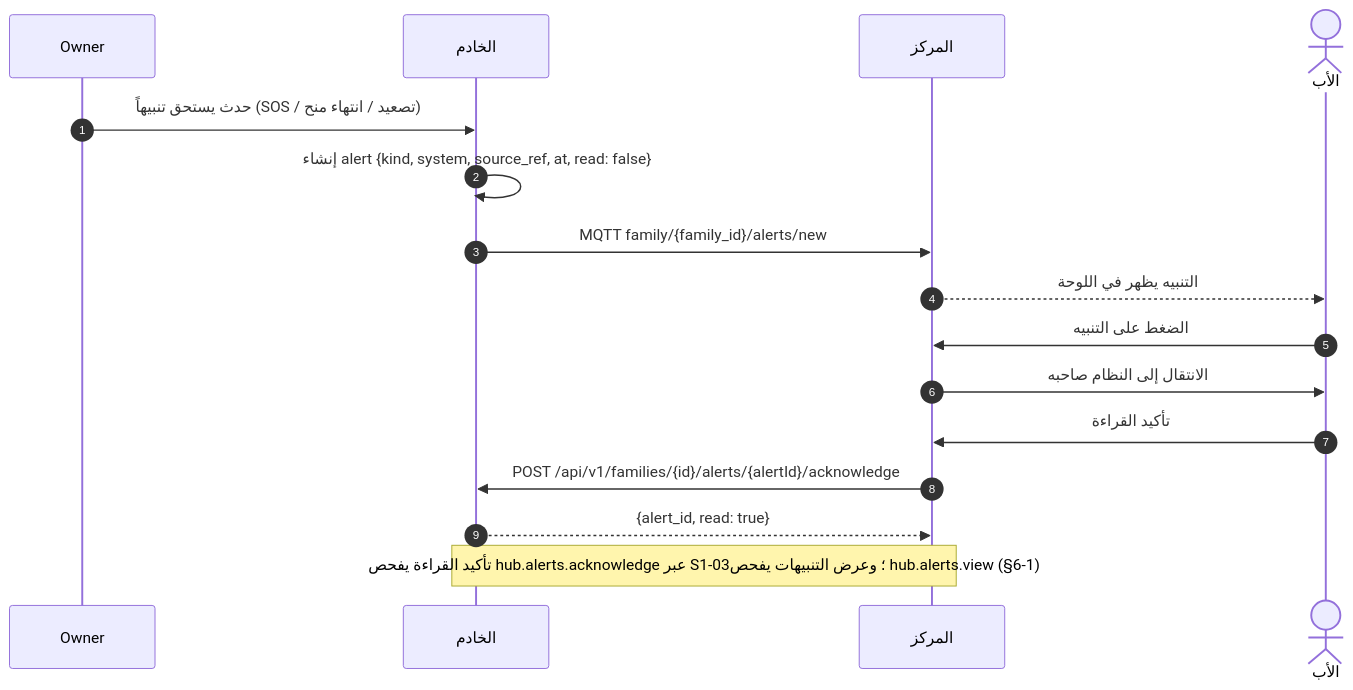
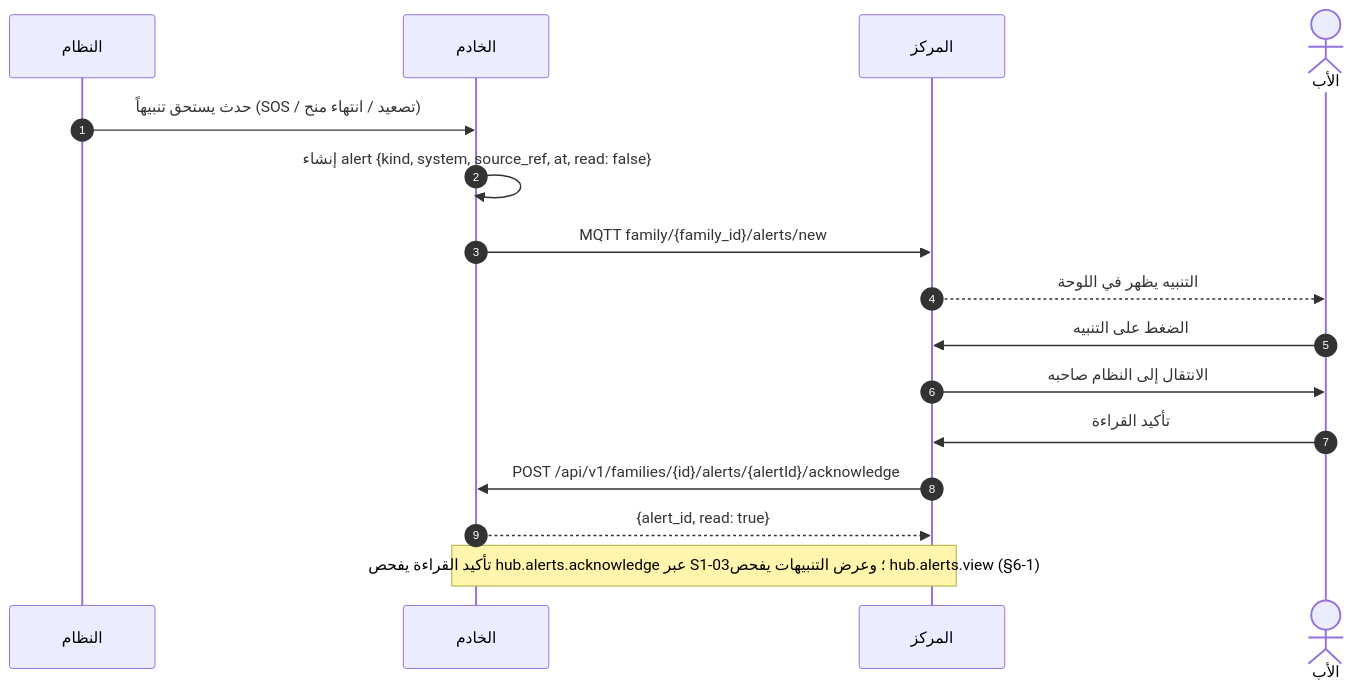
One commit to Bassam-mohammed-alqaeadi/family-os-v2 changed the fifth of 13 diagrams in docs/family-os/governance/phases/phase-1/S1-09-command-center-and-settings/DIAGRAMS.md. Above: the diagram before and after it, drawn with Mermaid. The commit also changed other lines of this file and 3 other files, not shown here.

````diff
--- a/docs/family-os/governance/phases/phase-1/S1-09-command-center-and-settings/DIAGRAMS.md
+++ b/docs/family-os/governance/phases/phase-1/S1-09-command-center-and-settings/DIAGRAMS.md
@@ -241,18 +242,18 @@
 ```mermaid
 sequenceDiagram
     autonumber
-    participant النظام as Owner
+    participant Owner as النظام
     participant Ktor as الخادم
     participant Hub as المركز
     actor Father as الأب
-    النظام->>Ktor: حدث يستحق تنبيهاً (SOS / تصعيد / انتهاء منح)
+    Owner->>Ktor: حدث يستحق تنبيهاً (SOS / تصعيد / انتهاء منح)
     Ktor->>Ktor: إنشاء alert {kind, system, source_ref, at, read: false}
     Ktor->>Hub: MQTT family/{family_id}/alerts/new
     Hub-->>Father: التنبيه يظهر في اللوحة
     Father->>Hub: الضغط على التنبيه
     Hub->>Father: الانتقال إلى النظام صاحبه
     Father->>Hub: تأكيد القراءة
     Hub->>Ktor: POST /api/v1/families/{id}/alerts/{alertId}/acknowledge
     Ktor-->>Hub: {alert_id, read: true}
     Note over Hub,Ktor: تأكيد القراءة يفحص hub.alerts.acknowledge عبر S1-03؛ وعرض التنبيهات يفحص hub.alerts.view (§6-1)
 ```
````
